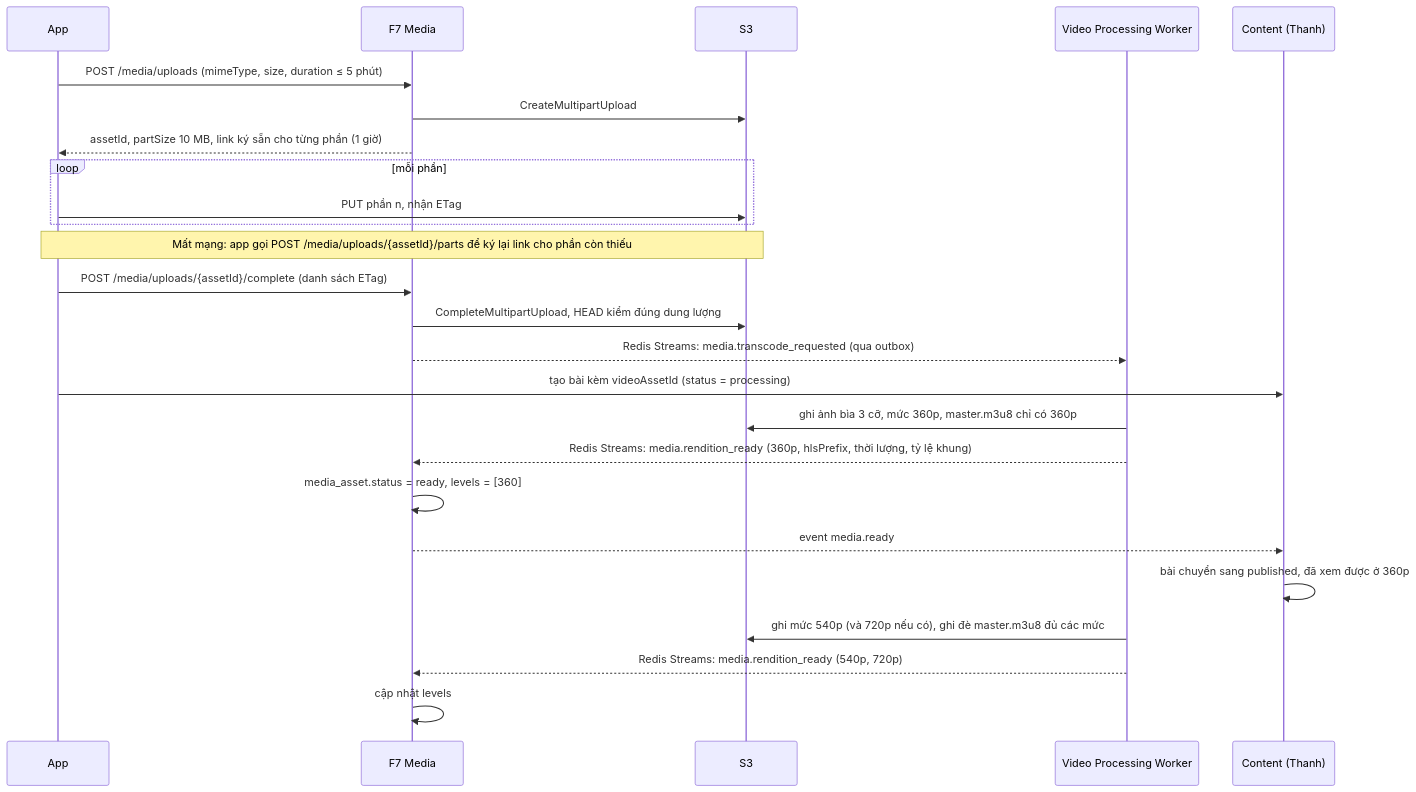
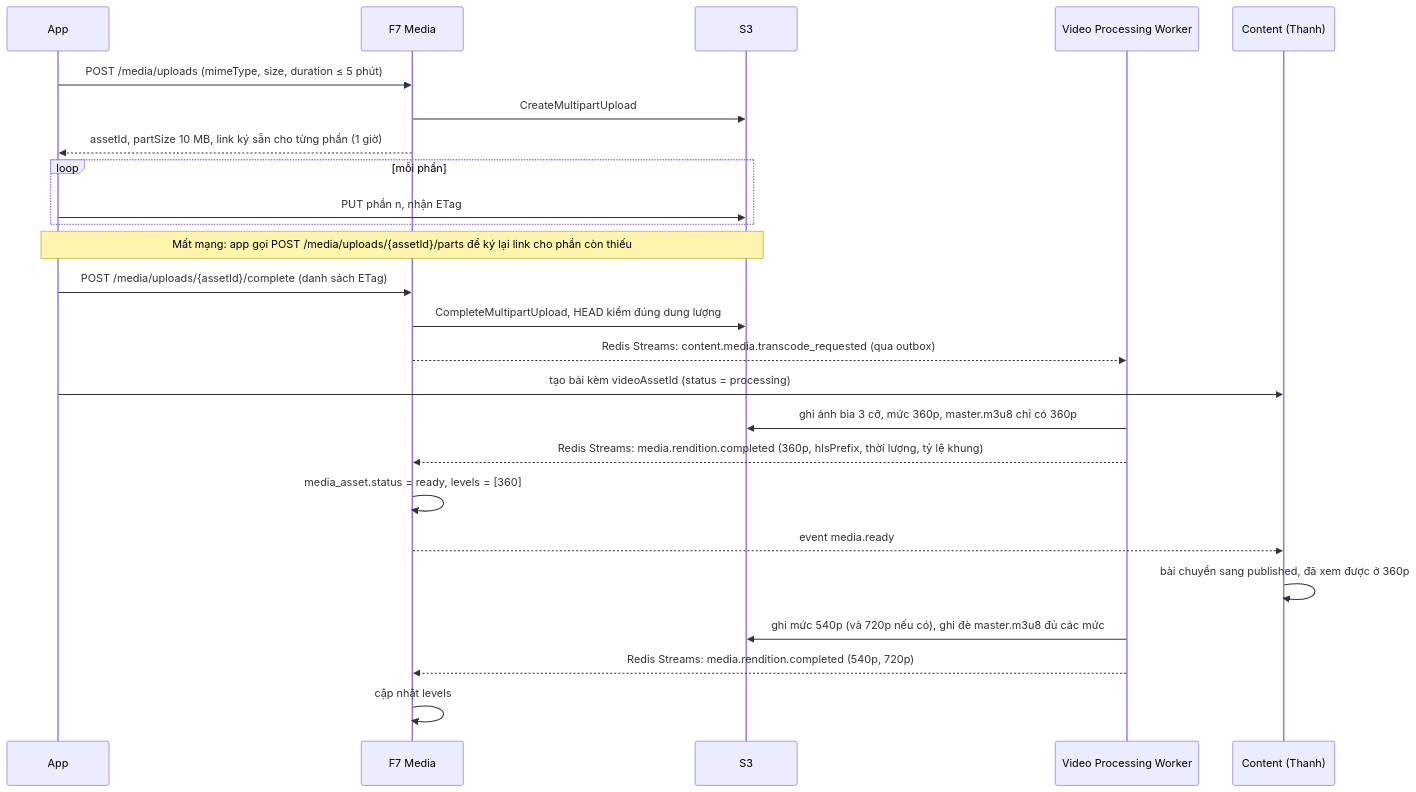
Before and after one commit to Sukemcute/tripflix-be: the third of 5 diagrams in docs/architecture/10-nghiep-vu-kien-truc-feed.md, drawn with Mermaid. The commit also changed other lines of this file and 3 other files, not shown here.

````diff
--- a/docs/architecture/10-nghiep-vu-kien-truc-feed.md
+++ b/docs/architecture/10-nghiep-vu-kien-truc-feed.md
@@ -186,27 +186,27 @@
 ```mermaid
 sequenceDiagram
   participant A as App
   participant F7 as F7 Media
   participant S3 as S3
   participant W as Video Processing Worker
   participant C as Content (Thanh)
   A->>F7: POST /media/uploads (mimeType, size, duration ≤ 5 phút)
   F7->>S3: CreateMultipartUpload
   F7-->>A: assetId, partSize 10 MB, link ký sẵn cho từng phần (1 giờ)
   loop mỗi phần
     A->>S3: PUT phần n, nhận ETag
   end
   Note over A,S3: Mất mạng: app gọi POST /media/uploads/{assetId}/parts để ký lại link cho phần còn thiếu
   A->>F7: POST /media/uploads/{assetId}/complete (danh sách ETag)
   F7->>S3: CompleteMultipartUpload, HEAD kiểm đúng dung lượng
-  F7-->>W: Redis Streams: media.transcode_requested (qua outbox)
+  F7-->>W: Redis Streams: content.media.transcode_requested (qua outbox)
   A->>C: tạo bài kèm videoAssetId (status = processing)
   W->>S3: ghi ảnh bìa 3 cỡ, mức 360p, master.m3u8 chỉ có 360p
-  W-->>F7: Redis Streams: media.rendition_ready (360p, hlsPrefix, thời lượng, tỷ lệ khung)
+  W-->>F7: Redis Streams: media.rendition.completed (360p, hlsPrefix, thời lượng, tỷ lệ khung)
   F7->>F7: media_asset.status = ready, levels = [360]
   F7-->>C: event media.ready
   C->>C: bài chuyển sang published, đã xem được ở 360p
   W->>S3: ghi mức 540p (và 720p nếu có), ghi đè master.m3u8 đủ các mức
-  W-->>F7: Redis Streams: media.rendition_ready (540p, 720p)
+  W-->>F7: Redis Streams: media.rendition.completed (540p, 720p)
   F7->>F7: cập nhật levels
 ```
````
